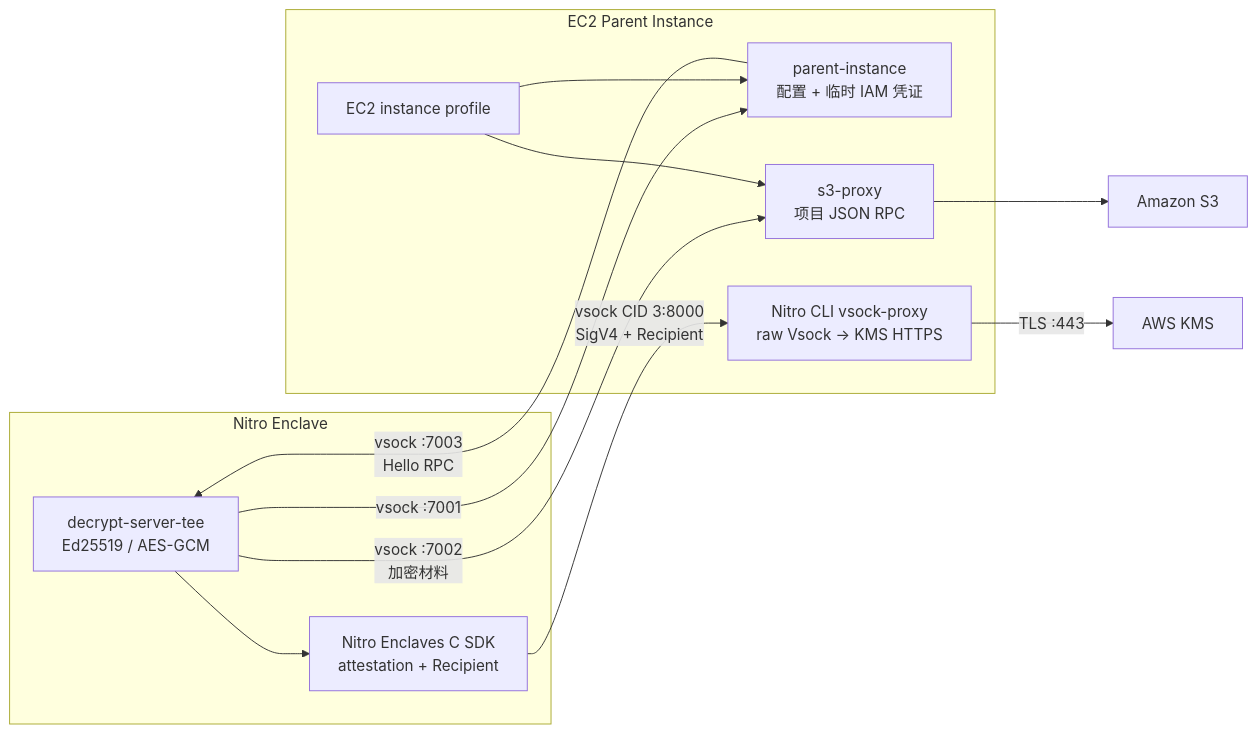
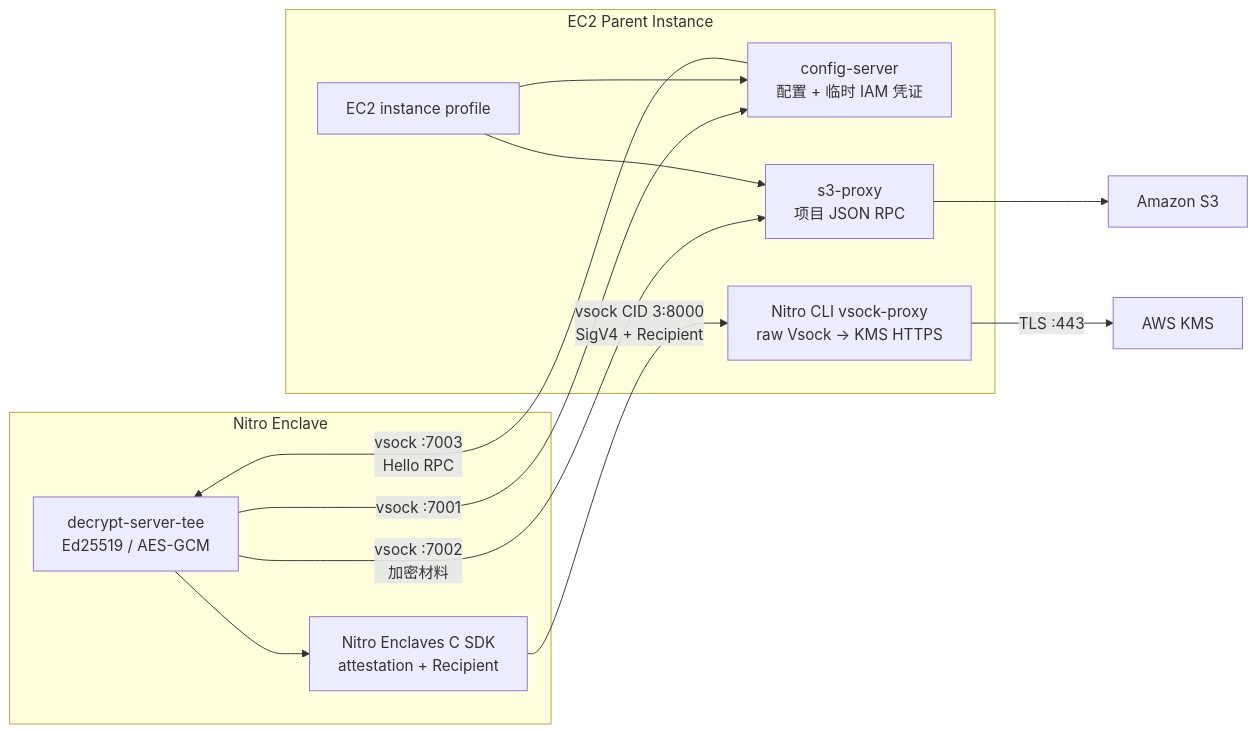
One commit to xudean/aws-kms-demo changed the diagram in README.md. Above: the diagram before and after it, drawn with Mermaid. The commit also changed other lines of this file and 8 other files, not shown here.

Commit message:
refactor: rename parent service to config server

````diff
--- a/README.md
+++ b/README.md
@@ -17,25 +17,25 @@
 ```mermaid
 flowchart LR
     subgraph Enclave["Nitro Enclave"]
         App["decrypt-server-tee\nEd25519 / AES-GCM"]
         NitroSDK["Nitro Enclaves C SDK\nattestation + Recipient"]
     end
 
     subgraph Parent["EC2 Parent Instance"]
-        Config["parent-instance\n配置 + 临时 IAM 凭证"]
+        Config["config-server\n配置 + 临时 IAM 凭证"]
         S3Proxy["s3-proxy\n项目 JSON RPC"]
         KMSProxy["Nitro CLI vsock-proxy\nraw Vsock → KMS HTTPS"]
         Role["EC2 instance profile"]
     end
 
     App -->|"vsock :7001"| Config
     App -->|"vsock :7002\n加密材料"| S3Proxy
     Config -->|"vsock :7003\nHello RPC"| App
     S3Proxy --> S3["Amazon S3"]
 
     App --> NitroSDK
     NitroSDK -->|"vsock CID 3:8000\nSigV4 + Recipient"| KMSProxy
     KMSProxy -->|"TLS :443"| KMS["AWS KMS"]
     Role --> Config
     Role --> S3Proxy
 ```
````
